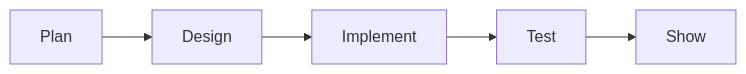
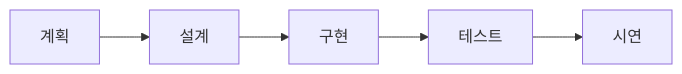
Before and after one commit to yeongseon-books/book-content: the diagram in content/computer-science-major-101/ko/07-project-subjects.md, drawn with Mermaid. The commit also changed other lines of this file and 8 other files, not shown here.

````diff
--- a/content/computer-science-major-101/ko/07-project-subjects.md
+++ b/content/computer-science-major-101/ko/07-project-subjects.md
@@ -33,7 +55,7 @@
 ```mermaid
 flowchart LR
-    P[Plan] --> D[Design]
-    D --> I[Implement]
-    I --> T[Test]
-    T --> S[Show]
+    P[계획] --> D[설계]
+    D --> I[구현]
+    I --> T[테스트]
+    T --> S[시연]
 ```
````
